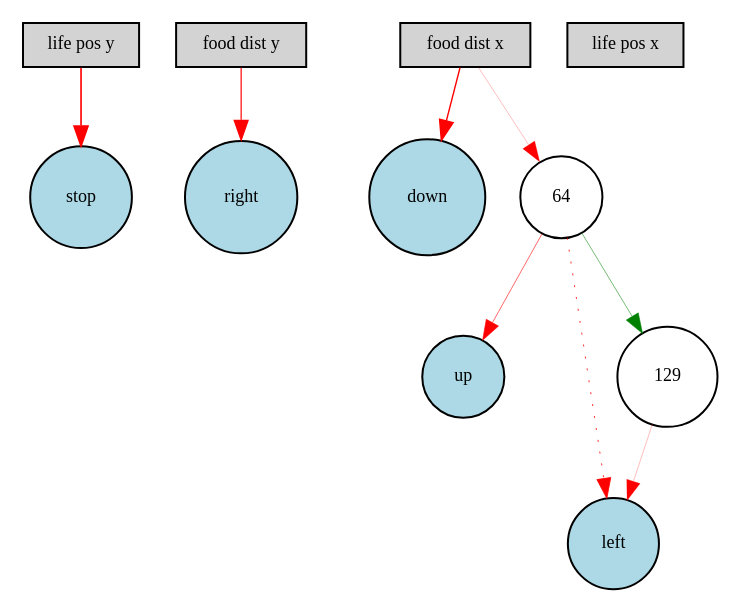
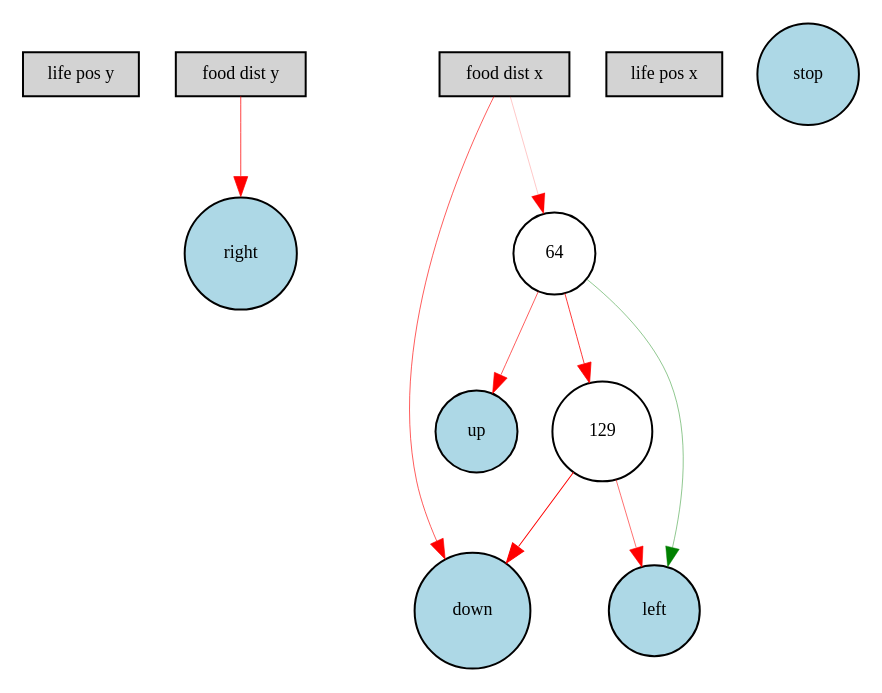
The diagram in Digraph.gv (Elphiie/NEAT-practice), drawn with Graphviz before and after one commit. The commit also changed 27 other files, not shown here.

```diff
--- a/Digraph.gv
+++ b/Digraph.gv
@@ -1,22 +1,22 @@
 digraph {
 	node [fontsize=9 height=0.3 shape=circle width=0.3]
 	"life pos y" [fillcolor=lightgray shape=box style=filled]
 	"food dist y" [fillcolor=lightgray shape=box style=filled]
 	"food dist x" [fillcolor=lightgray shape=box style=filled]
 	"life pos x" [fillcolor=lightgray shape=box style=filled]
 	stop [fillcolor=lightblue style=filled]
 	up [fillcolor=lightblue style=filled]
 	down [fillcolor=lightblue style=filled]
 	left [fillcolor=lightblue style=filled]
 	right [fillcolor=lightblue style=filled]
 	64 [fillcolor=white style=filled]
 	129 [fillcolor=white style=filled]
-	"food dist y" -> right [color=red penwidth=0.5866235781915143 style=solid]
-	"food dist x" -> down [color=red penwidth=0.7112515115087769 style=solid]
-	"life pos y" -> stop [color=red penwidth=0.8222880362071546 style=solid]
-	"food dist x" -> 64 [color=red penwidth=0.13259313065511022 style=solid]
-	64 -> left [color=red penwidth=0.41145823035317886 style=dotted]
-	64 -> 129 [color=green penwidth=0.26994828790086445 style=solid]
-	129 -> left [color=red penwidth=0.13095359496004616 style=solid]
-	64 -> up [color=red penwidth=0.30484328002300215 style=solid]
+	"food dist y" -> right [color=red penwidth=0.3684278291822942 style=solid]
+	"food dist x" -> down [color=red penwidth=0.31551889028847135 style=solid]
+	"food dist x" -> 64 [color=red penwidth=0.11016677084249608 style=solid]
+	64 -> left [color=green penwidth=0.22184281479272655 style=solid]
+	64 -> 129 [color=red penwidth=0.39200882242606194 style=solid]
+	129 -> left [color=red penwidth=0.281281527105289 style=solid]
+	64 -> up [color=red penwidth=0.3230761360404822 style=solid]
+	129 -> down [color=red penwidth=0.5105034068137482 style=solid]
 }
```
